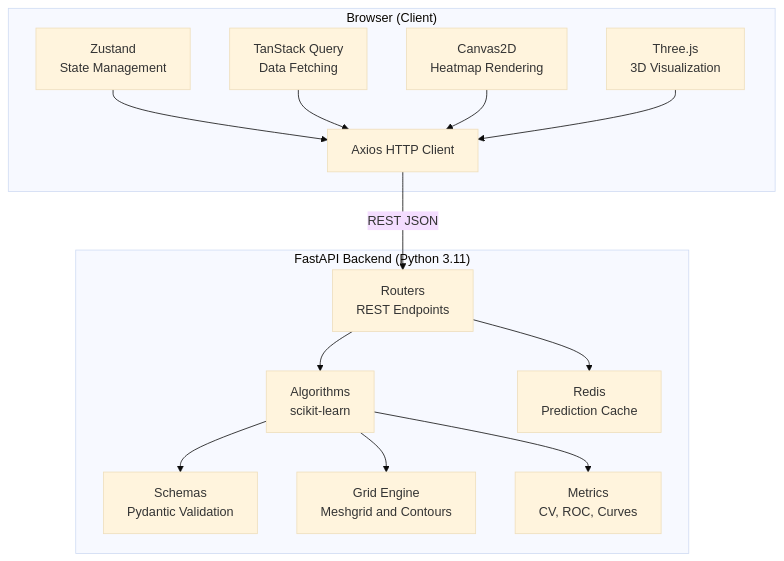
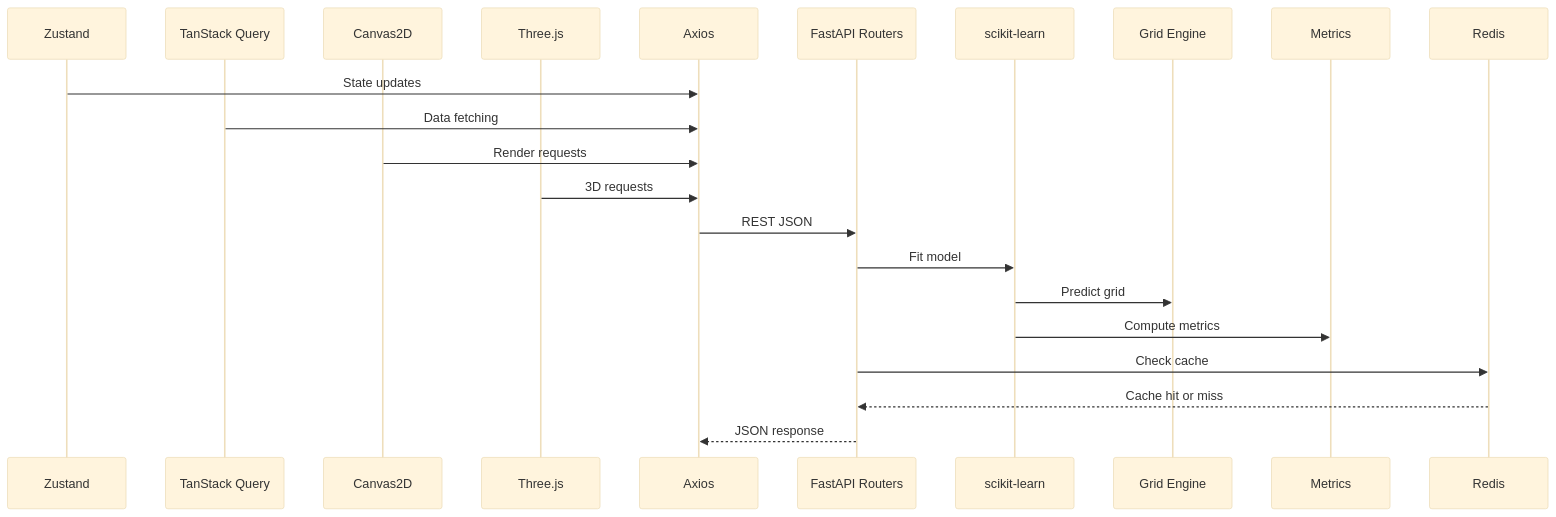
The first of 3 diagrams in README.md (mahirmlk/Confluence), drawn with Mermaid (base theme) before and after one commit.

Commit message:
docs(readme): replace graph TB with sequence diagram for architecture

````diff
--- a/README.md
+++ b/README.md
@@ -206,30 +206,25 @@
 ```mermaid
-graph TB
-    subgraph Browser["Browser (Client)"]
-        Z["Zustand<br/>State Management"]
-        TQ["TanStack Query<br/>Data Fetching"]
-        C2D["Canvas2D<br/>Heatmap Rendering"]
-        TJS["Three.js<br/>3D Visualization"]
-        AX["Axios HTTP Client"]
-    end
+sequenceDiagram
+    participant Z as Zustand
+    participant TQ as TanStack Query
+    participant C2D as Canvas2D
+    participant TJS as Three.js
+    participant AX as Axios
+    participant R as FastAPI Routers
+    participant AL as scikit-learn
+    participant GE as Grid Engine
+    participant M as Metrics
+    participant RD as Redis
 
-    subgraph Backend["FastAPI Backend (Python 3.11)"]
-        R["Routers<br/>REST Endpoints"]
-        AL["Algorithms<br/>scikit-learn"]
-        SC["Schemas<br/>Pydantic Validation"]
-        GE["Grid Engine<br/>Meshgrid and Contours"]
-        M["Metrics<br/>CV, ROC, Curves"]
-        RD["Redis<br/>Prediction Cache"]
-    end
-
-    Z --> AX
-    TQ --> AX
-    C2D --> AX
-    TJS --> AX
-    AX -->|"REST JSON"| R
-    R --> AL
-    AL --> SC
-    AL --> GE
-    AL --> M
-    R --> RD
+    Z->>AX: State updates
+    TQ->>AX: Data fetching
+    C2D->>AX: Render requests
+    TJS->>AX: 3D requests
+    AX->>R: REST JSON
+    R->>AL: Fit model
+    AL->>GE: Predict grid
+    AL->>M: Compute metrics
+    R->>RD: Check cache
+    RD-->>R: Cache hit or miss
+    R-->>AX: JSON response
 ```
````
